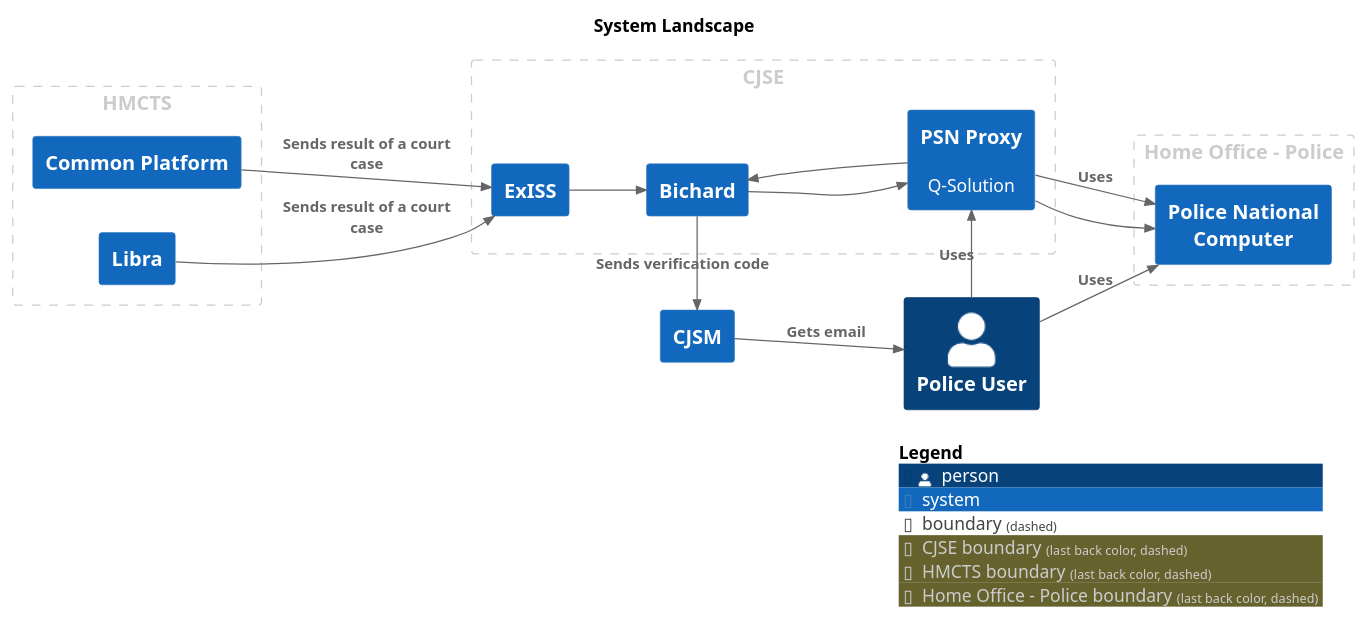
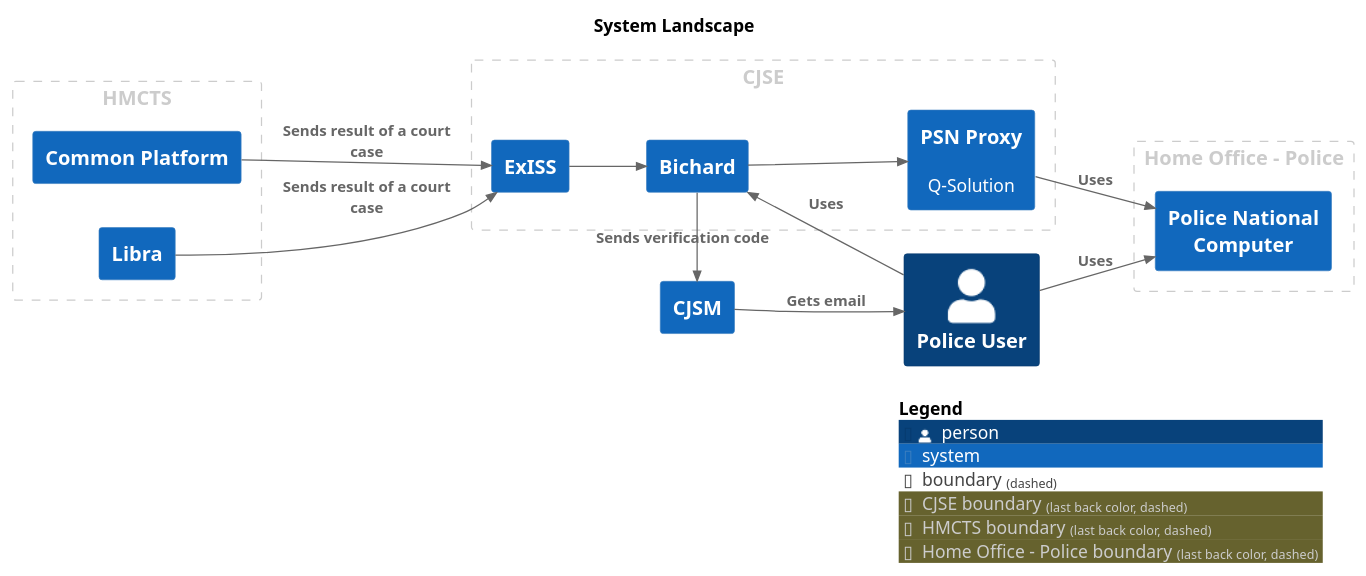
Before and after one commit to ministryofjustice/bichard7-next-core: the diagram in main/puml/SystemLandscape.puml, drawn with PlantUML. The commit also changed 71 other files, not shown here.

```diff
--- a/main/puml/SystemLandscape.puml
+++ b/main/puml/SystemLandscape.puml
@@ -1,44 +1,42 @@
 @startuml
 set separator none
 title System Landscape
 
 left to right direction
 
 !include <C4/C4>
 !include <C4/C4_Context>
 
 AddBoundaryTag("CJSE", $borderColor="#cccccc", $fontColor="#cccccc", $borderStyle="dashed")
 Boundary(group_1, "CJSE", $tags="CJSE") {
   System(Bichard, "Bichard", $descr="", $tags="", $link="")
   System(PSNProxy, "PSN Proxy", $descr="Q-Solution", $tags="", $link="")
   System(ExISS, "ExISS", $descr="", $tags="", $link="")
 }
 
 AddBoundaryTag("HMCTS", $borderColor="#cccccc", $fontColor="#cccccc", $borderStyle="dashed")
 Boundary(group_2, "HMCTS", $tags="HMCTS") {
   System(CommonPlatform, "Common Platform", $descr="", $tags="", $link="")
   System(Libra, "Libra", $descr="", $tags="", $link="")
 }
 
 AddBoundaryTag("Home Office - Police", $borderColor="#cccccc", $fontColor="#cccccc", $borderStyle="dashed")
 Boundary(group_3, "Home Office - Police", $tags="Home Office - Police") {
   System(PoliceNationalComputer, "Police National Computer", $descr="", $tags="", $link="")
 }
 
 Person(PoliceUser, "Police User", $descr="", $tags="", $link="")
 System(CJSM, "CJSM", $descr="", $tags="", $link="")
 
-Rel(PoliceUser, PSNProxy, "Uses", $techn="", $tags="", $link="")
 Rel(PoliceUser, PoliceNationalComputer, "Uses", $techn="", $tags="", $link="")
+Rel(PoliceUser, Bichard, "Uses", $techn="", $tags="", $link="")
 Rel(CJSM, PoliceUser, "Gets email", $techn="", $tags="", $link="")
 Rel(CommonPlatform, ExISS, "Sends result of a court case", $techn="", $tags="", $link="")
 Rel(Libra, ExISS, "Sends result of a court case", $techn="", $tags="", $link="")
 Rel(PSNProxy, PoliceNationalComputer, "Uses", $techn="", $tags="", $link="")
 Rel(Bichard, PSNProxy, "", $techn="", $tags="", $link="")
-Rel(PSNProxy, PoliceNationalComputer, "", $techn="", $tags="", $link="")
-Rel(PSNProxy, Bichard, "", $techn="", $tags="", $link="")
 Rel(Bichard, CJSM, "Sends verification code", $techn="", $tags="", $link="")
 Rel(ExISS, Bichard, "", $techn="", $tags="", $link="")
 
 SHOW_LEGEND(true)
 @enduml
```
